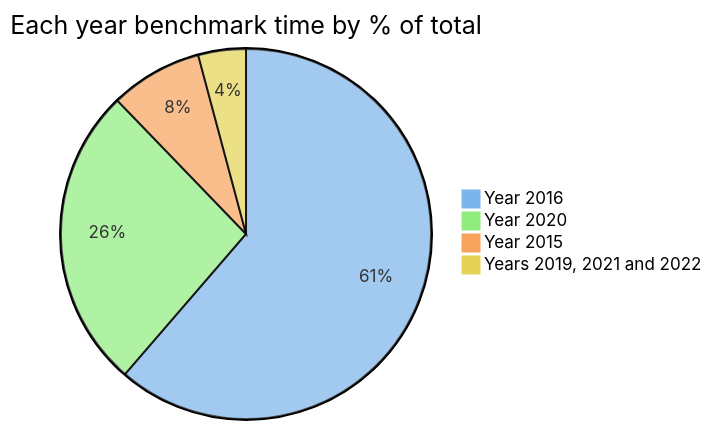
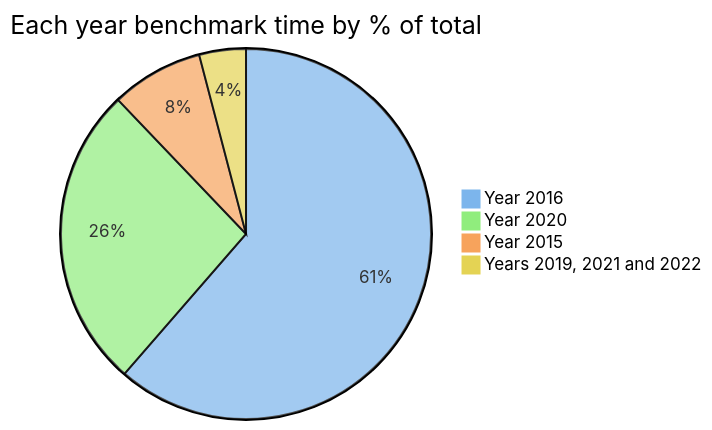
The first of 7 diagrams in README.md (maneatingape/advent-of-code-rust), drawn with Mermaid before and after one commit. The commit also changed other lines of this file and 1 other file, not shown here.

````diff
--- a/README.md
+++ b/README.md
@@ -61,9 +61,9 @@
 ```mermaid
 %%{init: {"themeVariables": { "pie1": "#7cb5ec", "pie2": "#90ed7d", "pie3": "#f7a35c", "pie4": "#e4d354", "pie5": "#e4c4fb", "pie6": "#c6cdd5"}}}%%
 pie
     title Each year benchmark time by % of total
     "Year 2016" : 663
     "Year 2020" : 286
     "Year 2015" : 87
-    "Years 2019, 2021 and 2022" : 45
+    "Years 2019, 2021 and 2022" : 44
 ```
````
